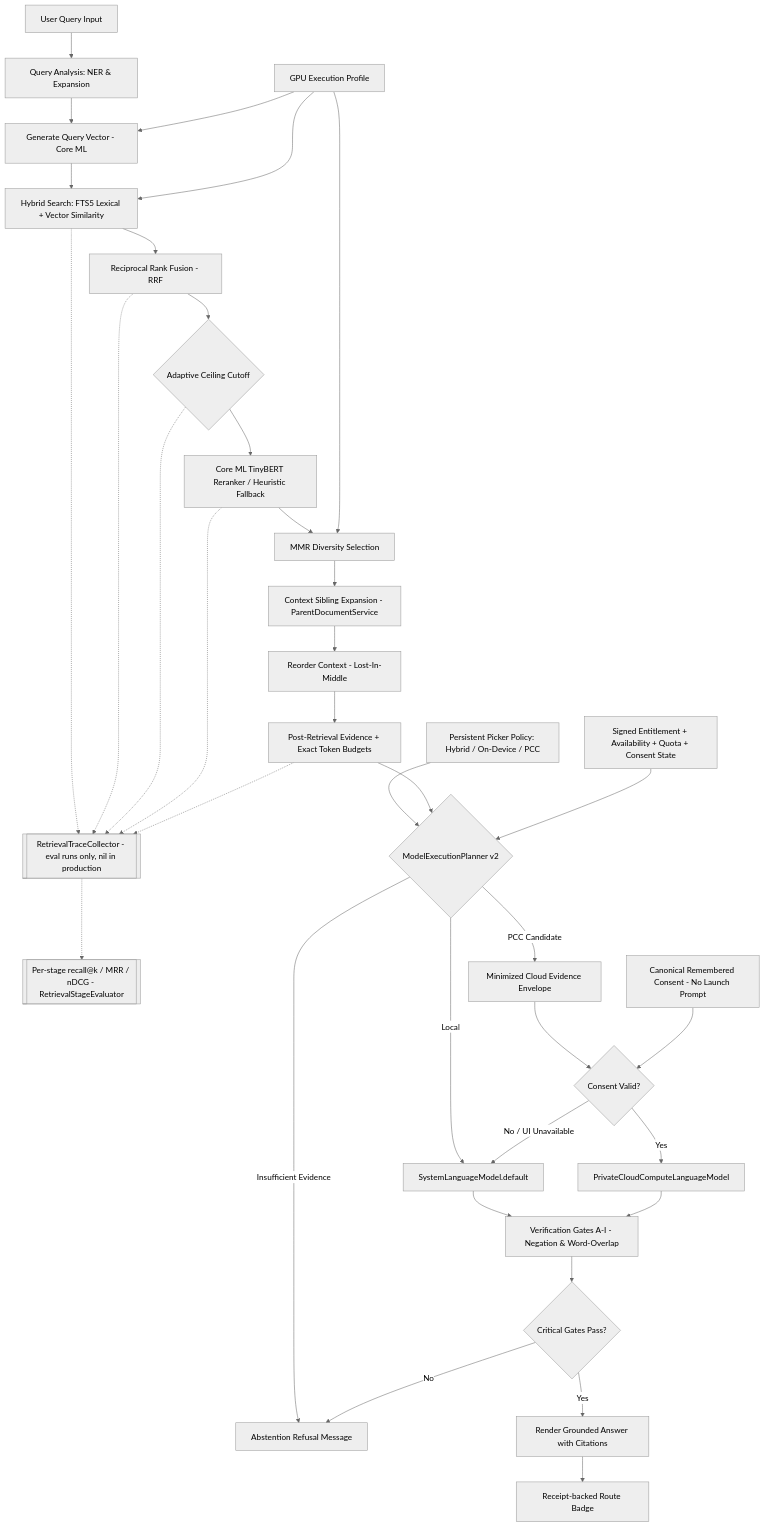
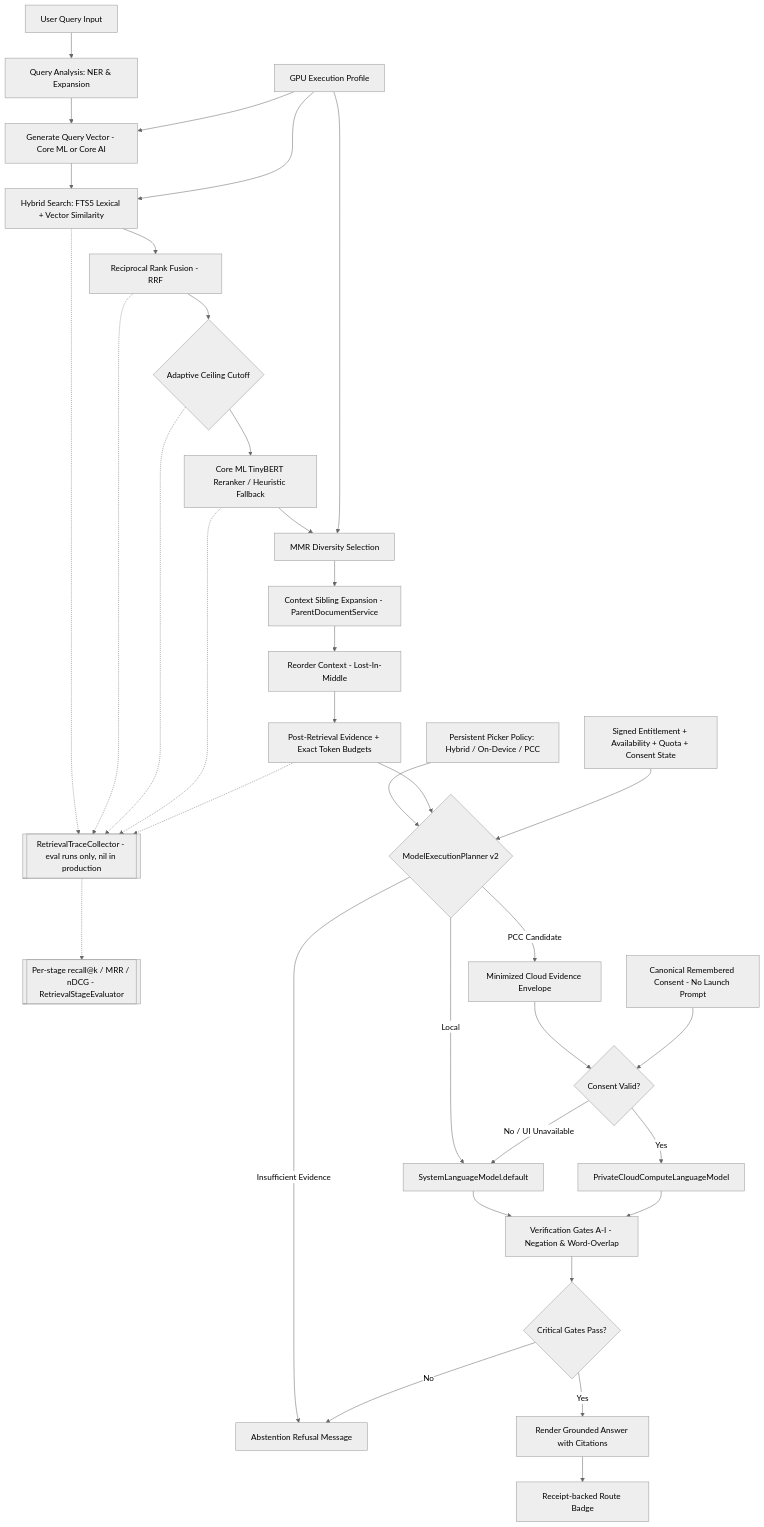
Before and after one commit to Gunnarguy/OpenIntelligence: the diagram in Docs/RETRIEVAL_PIPELINE.md, drawn with Mermaid (neutral theme). The commit also changed other lines of this file and 47 other files, not shown here.

````diff
--- a/Docs/RETRIEVAL_PIPELINE.md
+++ b/Docs/RETRIEVAL_PIPELINE.md
@@ -29,38 +29,38 @@
 ```mermaid
 flowchart TD
     UserQuery[User Query Input] --> QueryPlan[Query Analysis: NER & Expansion]
-    QueryPlan --> EmbeddingGen[Generate Query Vector - Core ML]
+    QueryPlan --> EmbeddingGen[Generate Query Vector - Core ML or Core AI]
     GPUProfile[GPU Execution Profile] --> EmbeddingGen
     EmbeddingGen --> HybridSearch[Hybrid Search: FTS5 Lexical + Vector Similarity]
     GPUProfile --> HybridSearch
     HybridSearch --> RRF[Reciprocal Rank Fusion - RRF]
     RRF --> Cutoff{Adaptive Ceiling Cutoff}
     Cutoff --> Rerank[Core ML TinyBERT Reranker / Heuristic Fallback]
     Rerank --> MMR[MMR Diversity Selection]
     GPUProfile --> MMR
     MMR --> ContextExpand[Context Sibling Expansion - ParentDocumentService]
     ContextExpand --> LostInMiddle[Reorder Context - Lost-In-Middle]
     LostInMiddle --> Evidence[Post-Retrieval Evidence + Exact Token Budgets]
     HybridSearch -.-> Trace[[RetrievalTraceCollector - eval runs only, nil in production]]
     RRF -.-> Trace
     Cutoff -.-> Trace
     Rerank -.-> Trace
     Evidence -.-> Trace
     Trace -.-> StageScore[[Per-stage recall@k / MRR / nDCG - RetrievalStageEvaluator]]
     Policy[Persistent Picker Policy: Hybrid / On-Device / PCC] --> ModelRoute
     Evidence --> ModelRoute{ModelExecutionPlanner v2}
     Capability[Signed Entitlement + Availability + Quota + Consent State] --> ModelRoute
     ModelRoute -- Insufficient Evidence --> AbstainRefusal
     ModelRoute -- Local --> LocalLLM[SystemLanguageModel.default]
     ModelRoute -- PCC Candidate --> Minimize[Minimized Cloud Evidence Envelope]
     Minimize --> Consent{Consent Valid?}
     Remembered[Canonical Remembered Consent - No Launch Prompt] --> Consent
     Consent -- Yes --> PCCLLM[PrivateCloudComputeLanguageModel]
     Consent -- No / UI Unavailable --> LocalLLM
     LocalLLM --> Verification[Verification Gates A-I - Negation & Word-Overlap]
     PCCLLM --> Verification
     Verification --> Decision{Critical Gates Pass?}
     Decision -- Yes --> GroundedAnswer[Render Grounded Answer with Citations]
     Decision -- No --> AbstainRefusal[Abstention Refusal Message]
     GroundedAnswer --> RouteBadge[Receipt-backed Route Badge]
 ```
````
